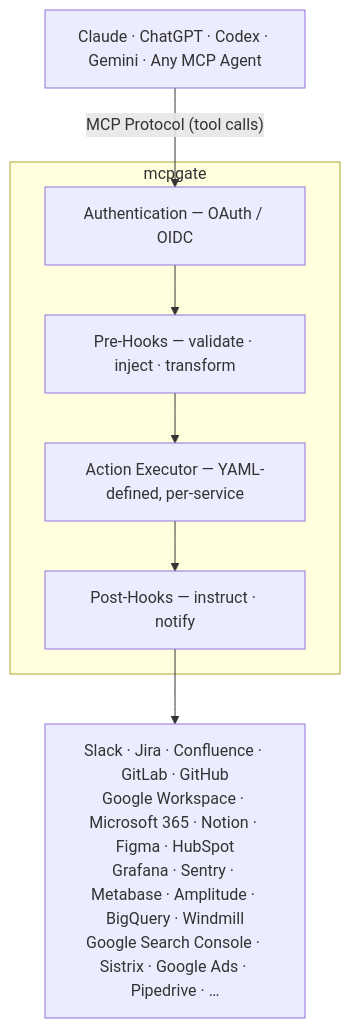
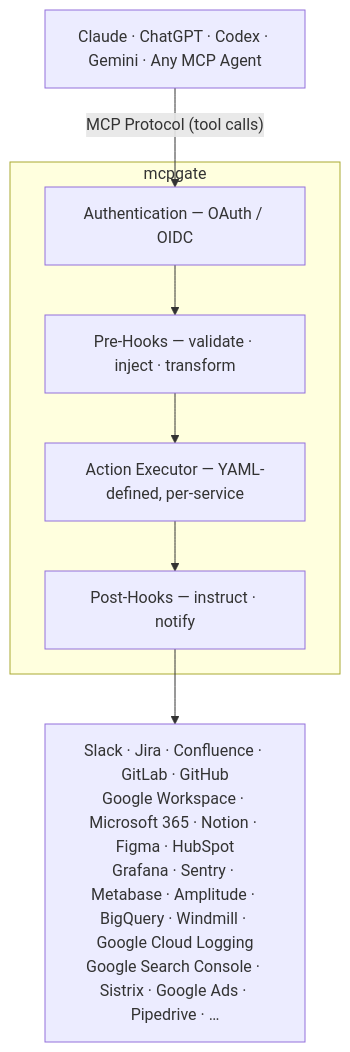
One commit to Mcpgate-de/mcpgate changed the diagram in README.md. Above: the diagram before and after it, drawn with Mermaid. The commit also changed other lines of this file, not shown here.

First line of the commit message:
docs: add Google Cloud Logging to README (37 → 38)

````diff
--- a/README.md
+++ b/README.md
@@ -74,19 +74,19 @@
 ```mermaid
 flowchart TB
     AI["Claude · ChatGPT · Codex · Gemini · Any MCP Agent"]
     
     AI -- "MCP Protocol (tool calls)" --> Auth
 
     subgraph GW["mcpgate"]
         Auth["Authentication — OAuth / OIDC"]
         Pre["Pre-Hooks — validate · inject · transform"]
         Exec["Action Executor — YAML-defined, per-service"]
         Post["Post-Hooks — instruct · notify"]
 
         Auth --> Pre --> Exec --> Post
     end
 
     Post --> Services
 
-    Services["Slack · Jira · Confluence · GitLab · GitHub\nGoogle Workspace · Microsoft 365 · Notion · Figma · HubSpot\nGrafana · Sentry · Metabase · Amplitude · BigQuery · Windmill\nGoogle Search Console · Sistrix · Google Ads · Pipedrive · …"]
+    Services["Slack · Jira · Confluence · GitLab · GitHub\nGoogle Workspace · Microsoft 365 · Notion · Figma · HubSpot\nGrafana · Sentry · Metabase · Amplitude · BigQuery · Windmill · Google Cloud Logging\nGoogle Search Console · Sistrix · Google Ads · Pipedrive · …"]
 ```
````
